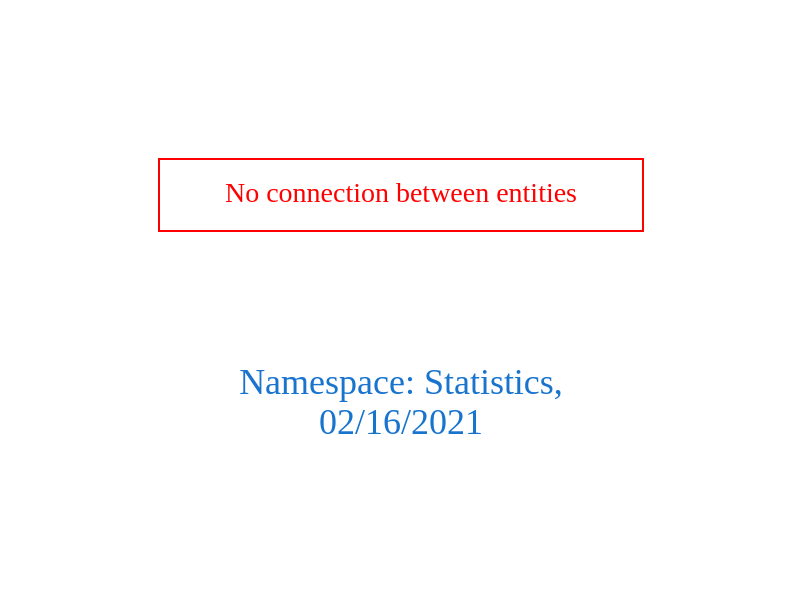
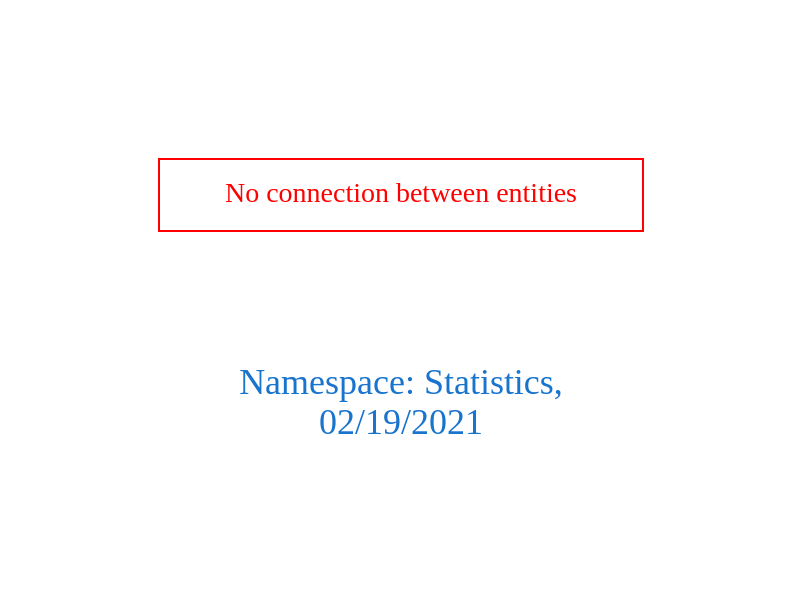
The diagram in downloads/Statistics.dot (arago/OGIT), drawn with Graphviz before and after one commit. The commit also changed 1845 other files, not shown here.

```diff
--- a/downloads/Statistics.dot
+++ b/downloads/Statistics.dot
@@ -1,9 +1,9 @@
 digraph OGIT_ontology {
  graph [ rankdir= LR,pad=1 
 fontsize = 18,
-fontcolor= dodgerblue3,label = "\n\n\nNamespace: Statistics, \n 02/16/2021"];
+fontcolor= dodgerblue3,label = "\n\n\nNamespace: Statistics, \n 02/19/2021"];
 node[shape=polygon];
 edge [  color="gray81"];
 
 "No connection between entities" [fontcolor = "red",color="red", shape="polygon"]
 }
```
